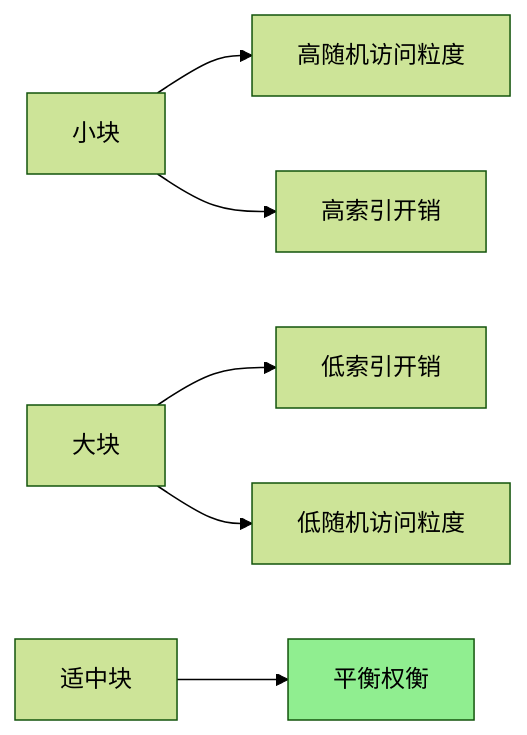
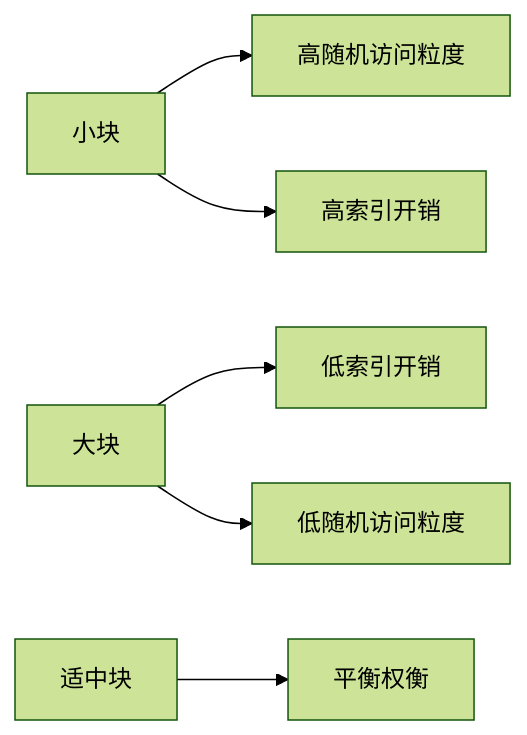
One commit to open-genomics/fq-compressor-rust changed the third of 3 diagrams in docs/zh/architecture/decisions/001-block-indexed-format.md. Above: the diagram before and after it, drawn with Mermaid (forest theme). The commit also changed other lines of this file and 23 other files, not shown here.

````diff
--- a/docs/zh/architecture/decisions/001-block-indexed-format.md
+++ b/docs/zh/architecture/decisions/001-block-indexed-format.md
@@ -159,12 +158,11 @@
 ```mermaid
 graph LR
     A[小块] --> B[高随机访问粒度]
     A --> C[高索引开销]
     
     D[大块] --> E[低索引开销]
     D --> F[低随机访问粒度]
     
     G[适中块] --> H[平衡权衡]
     
-    style H fill:#90EE90
 ```
````
